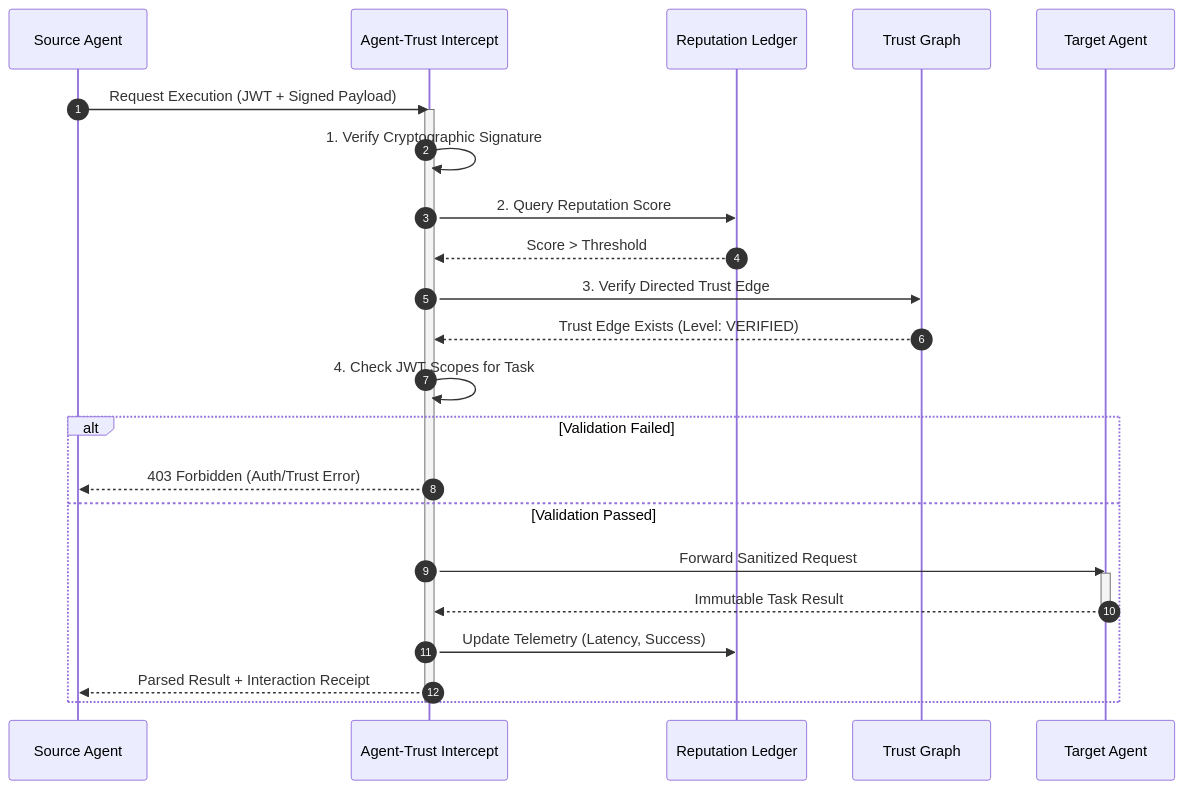
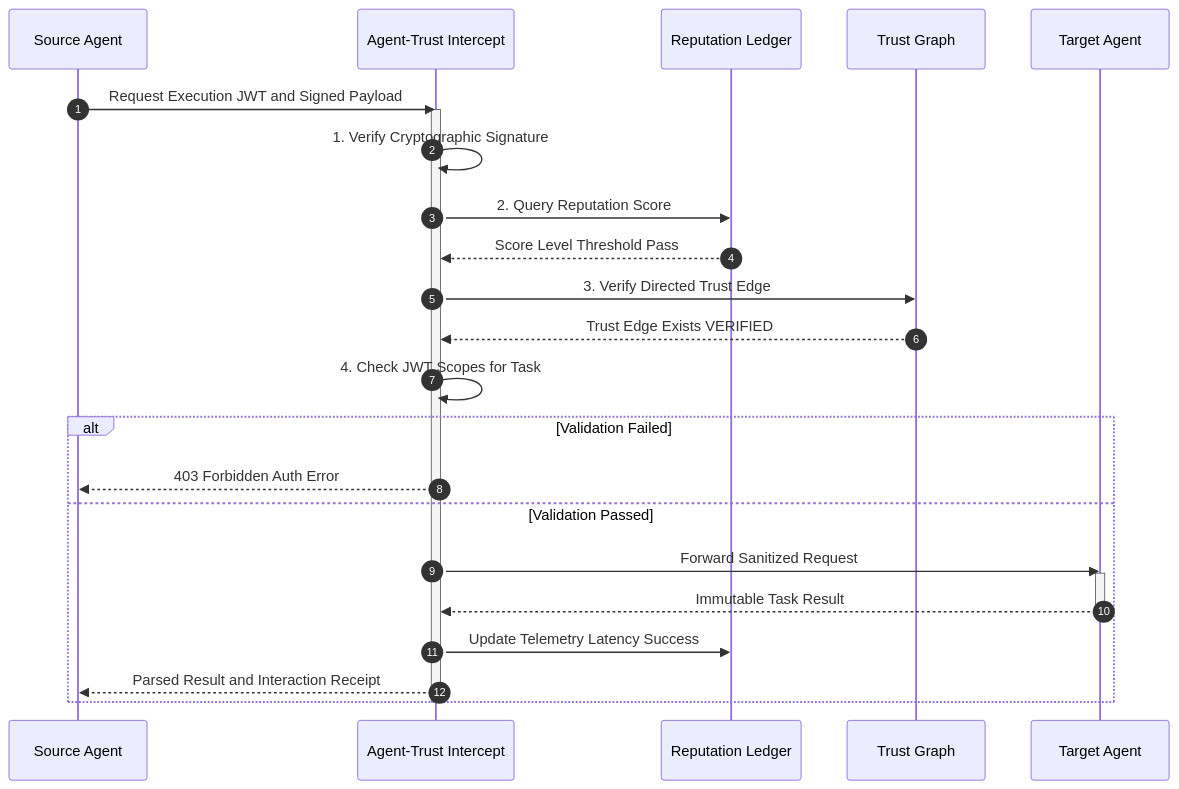
One commit to MrDecryptDecipher/Agent-Trust changed the second of 30 diagrams in README.md. Above: the diagram before and after it, drawn with Mermaid. The commit also changed other lines of this file, not shown here.

Commit message:
Fix layout routing errors by avoiding circular edge definitions and special characters

````diff
--- a/README.md
+++ b/README.md
@@ -49,29 +49,29 @@
 ```mermaid
 sequenceDiagram
     autonumber
     participant M as Source Agent
     participant GW as Agent-Trust Intercept
     participant Ledger as Reputation Ledger
     participant Graph as Trust Graph
     participant T as Target Agent
     
-    M->>GW: Request Execution (JWT + Signed Payload)
+    M->>GW: Request Execution JWT and Signed Payload
     activate GW
     GW->>GW: 1. Verify Cryptographic Signature
     GW->>Ledger: 2. Query Reputation Score
-    Ledger-->>GW: Score > Threshold
+    Ledger-->>GW: Score Level Threshold Pass
     GW->>Graph: 3. Verify Directed Trust Edge
-    Graph-->>GW: Trust Edge Exists (Level: VERIFIED)
+    Graph-->>GW: Trust Edge Exists VERIFIED
     GW->>GW: 4. Check JWT Scopes for Task
     alt Validation Failed
-        GW-->>M: 403 Forbidden (Auth/Trust Error)
+        GW-->>M: 403 Forbidden Auth Error
     else Validation Passed
         GW->>T: Forward Sanitized Request
         activate T
         T-->>GW: Immutable Task Result
         deactivate T
-        GW->>Ledger: Update Telemetry (Latency, Success)
-        GW-->>M: Parsed Result + Interaction Receipt
+        GW->>Ledger: Update Telemetry Latency Success
+        GW-->>M: Parsed Result and Interaction Receipt
     end
     deactivate GW
 ```
````
